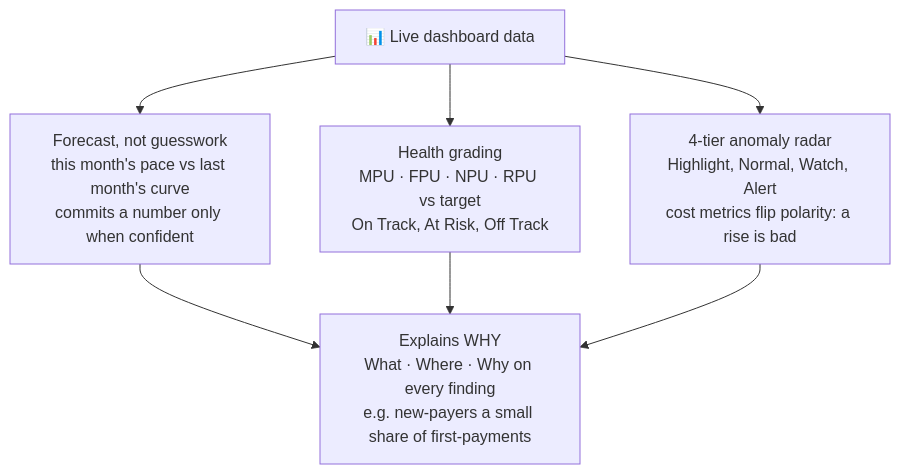
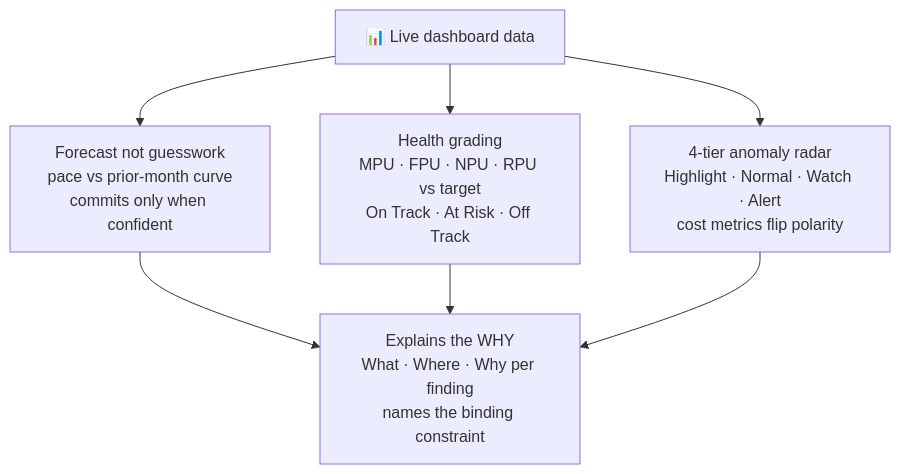
Before and after one commit to thai-max-nguyen/claw-a-thon-demo-agent-mvp: the third of 4 diagrams in README.md, drawn with Mermaid. The commit also changed other lines of this file, not shown here.

First line of the commit message:
fix: mermaid that failed on GitHub — safe-style labels, drop decision-tree

````diff
--- a/README.md
+++ b/README.md
@@ -134,10 +134,10 @@
 ```mermaid
 flowchart TD
   D["📊 Live dashboard data"]
-  D --> F["Forecast, not guesswork<br/>this month's pace vs last month's curve<br/>commits a number only when confident"]
-  D --> H["Health grading<br/>MPU · FPU · NPU · RPU vs target<br/>On Track, At Risk, Off Track"]
-  D --> A["4-tier anomaly radar<br/>Highlight, Normal, Watch, Alert<br/>cost metrics flip polarity: a rise is bad"]
-  F --> W["Explains WHY<br/>What · Where · Why on every finding<br/>e.g. new-payers a small share of first-payments"]
+  D --> F["Forecast not guesswork<br/>pace vs prior-month curve<br/>commits only when confident"]
+  D --> H["Health grading<br/>MPU · FPU · NPU · RPU vs target<br/>On Track · At Risk · Off Track"]
+  D --> A["4-tier anomaly radar<br/>Highlight · Normal · Watch · Alert<br/>cost metrics flip polarity"]
+  F --> W["Explains the WHY<br/>What · Where · Why per finding<br/>names the binding constraint"]
   H --> W
   A --> W
 ```
````
